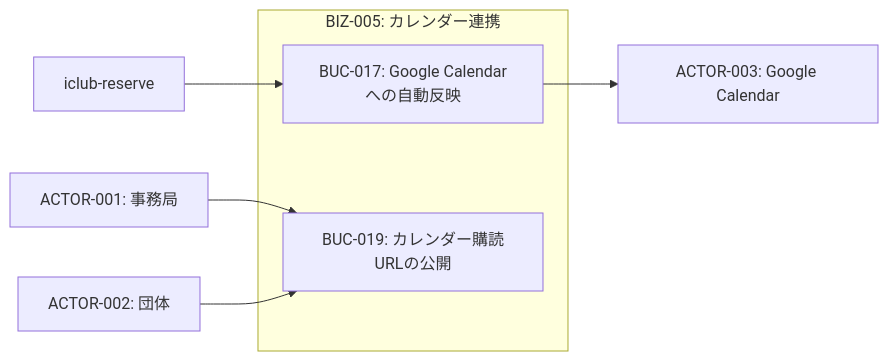
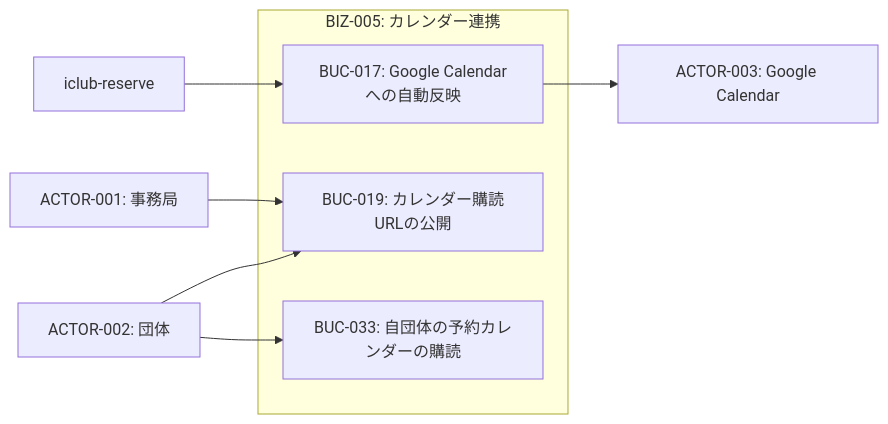
Before and after one commit to gdsc-osaka/iclub-reserve: the first of 4 diagrams in rdra/contexts/calendar-integration.md, drawn with Mermaid. The commit also changed other lines of this file and 9 other files, not shown here.

````diff
--- a/rdra/contexts/calendar-integration.md
+++ b/rdra/contexts/calendar-integration.md
@@ -111,17 +145,19 @@
 ```mermaid
 graph LR
     actor1["ACTOR-001: 事務局"]
     actor2["ACTOR-002: 団体"]
     system["iclub-reserve"]
     ext["ACTOR-003: Google Calendar"]
 
     subgraph biz5["BIZ-005: カレンダー連携"]
         buc17["BUC-017: Google Calendarへの自動反映"]
         buc19["BUC-019: カレンダー購読URLの公開"]
+        buc33["BUC-033: 自団体の予約カレンダーの購読"]
     end
 
     system --> buc17
     buc17 --> ext
     actor1 --> buc19
     actor2 --> buc19
+    actor2 --> buc33
 ```
````
